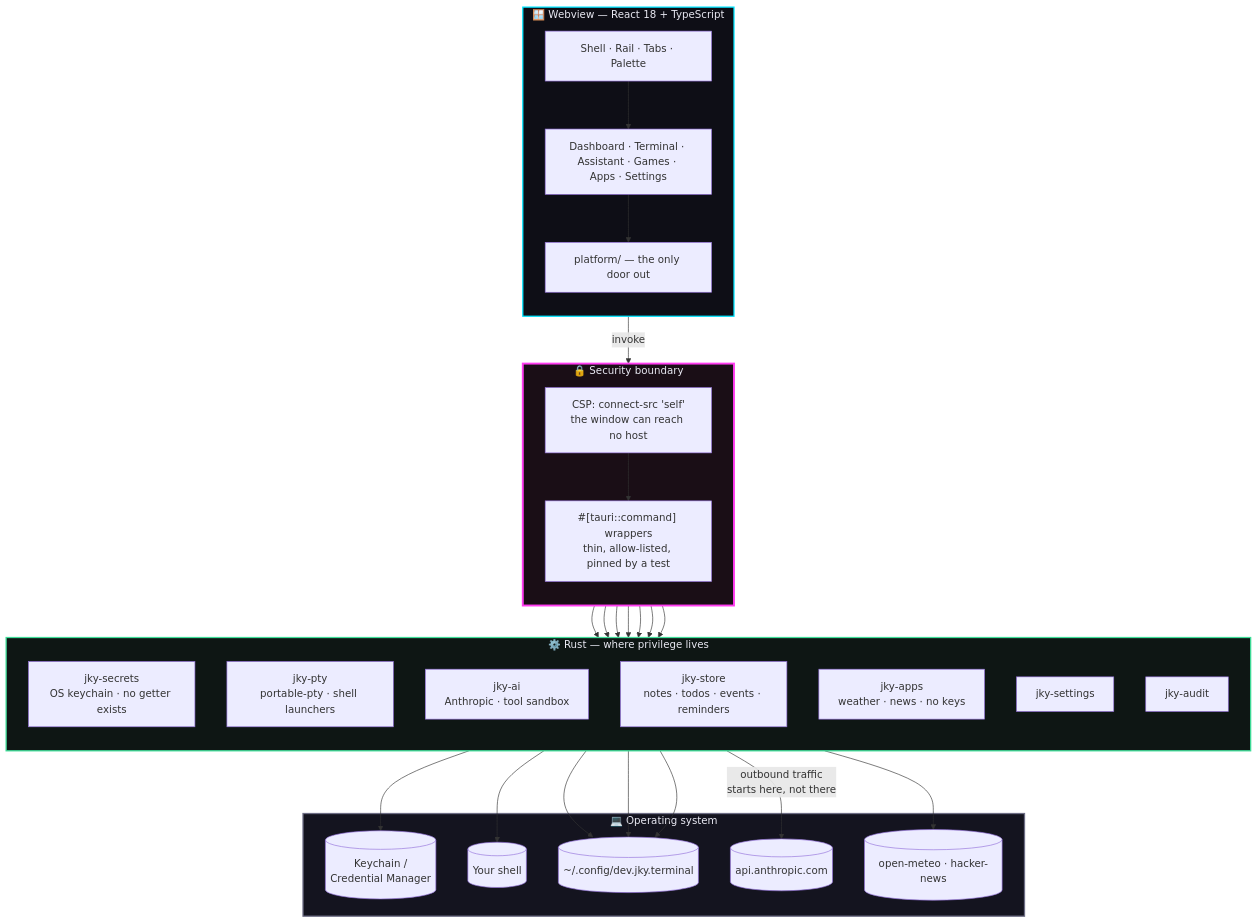
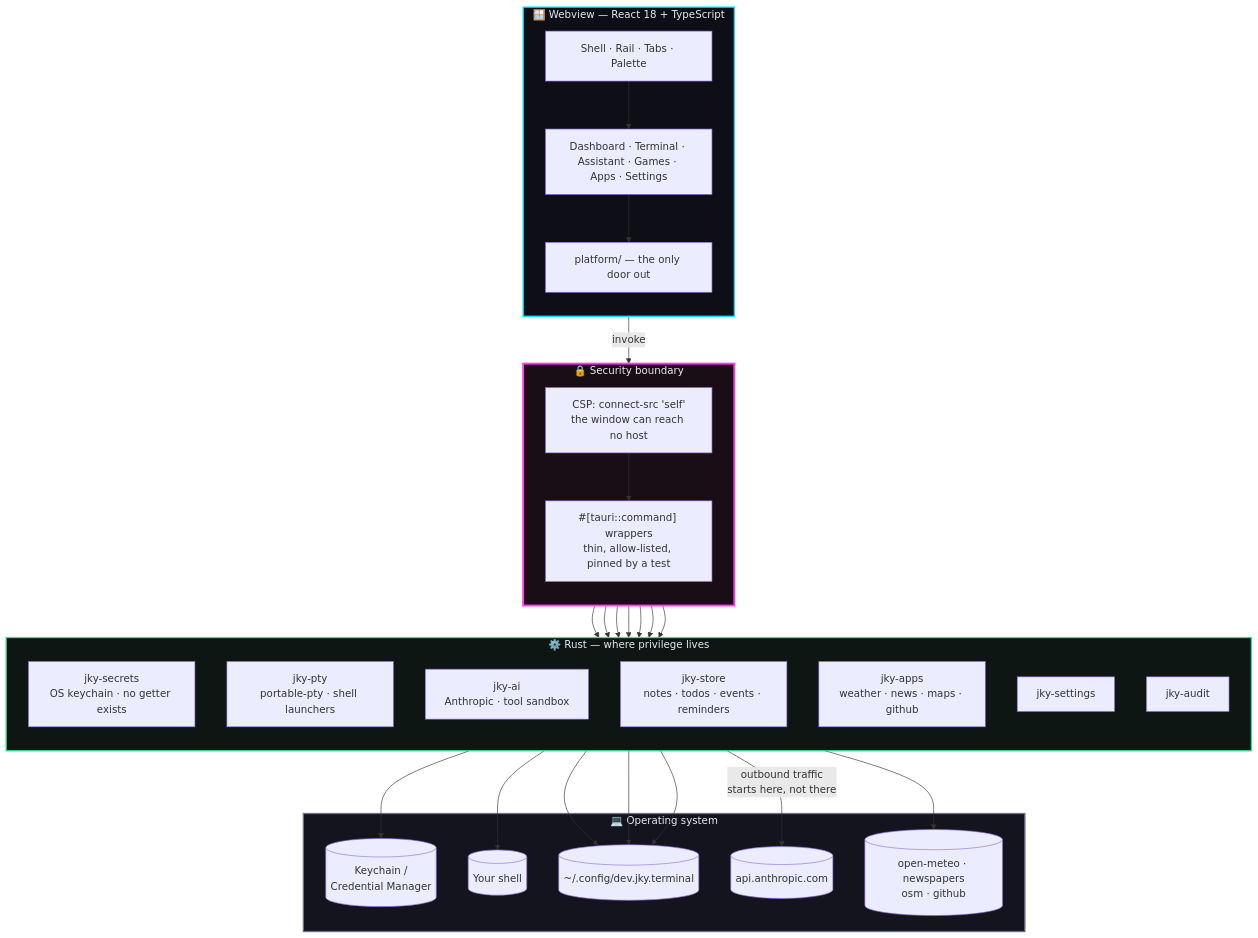
One commit to kartikeyajay2006/jky-terminal changed the first of 3 diagrams in README.md. Above: the diagram before and after it, drawn with Mermaid. The commit also changed other lines of this file, not shown here.

````diff
--- a/README.md
+++ b/README.md
@@ -55,52 +55,52 @@
 ```mermaid
 flowchart TB
     subgraph WINDOW["🪟  Webview — React 18 + TypeScript"]
         direction TB
         UI["Shell · Rail · Tabs · Palette"]
         FEAT["Dashboard · Terminal · Assistant · Games · Apps · Settings"]
         ADAPTER["platform/ — the only door out"]
         UI --> FEAT --> ADAPTER
     end
 
     subgraph BOUNDARY["🔒  Security boundary"]
         direction TB
         CSP["CSP: connect-src 'self'<br/>the window can reach no host"]
         CMDS["#[tauri::command] wrappers<br/>thin, allow-listed, pinned by a test"]
     end
 
     subgraph RUST["⚙️  Rust — where privilege lives"]
         direction TB
         SECRETS["jky-secrets<br/>OS keychain · no getter exists"]
         PTY["jky-pty<br/>portable-pty · shell launchers"]
         AI["jky-ai<br/>Anthropic · tool sandbox"]
         STORE["jky-store<br/>notes · todos · events · reminders"]
-        APPS["jky-apps<br/>weather · news · no keys"]
+        APPS["jky-apps<br/>weather · news · maps · github"]
         SETTINGS["jky-settings"]
         AUDIT["jky-audit"]
     end
 
     subgraph OS["💻  Operating system"]
         KEYCHAIN[("Keychain /<br/>Credential Manager")]
         SHELL[("Your shell")]
         DISK[("~/.config/dev.jky.terminal")]
         NET[("api.anthropic.com")]
-        PUB[("open-meteo · hacker-news")]
+        PUB[("open-meteo · newspapers<br/>osm · github")]
     end
 
     ADAPTER -->|invoke| CSP
     CSP --> CMDS
     CMDS --> SECRETS & PTY & AI & STORE & SETTINGS & AUDIT & APPS
 
     SECRETS --> KEYCHAIN
     PTY --> SHELL
     AI -->|"outbound traffic<br/>starts here, not there"| NET
     APPS --> PUB
     STORE --> DISK
     SETTINGS --> DISK
     AUDIT --> DISK
 
     style WINDOW fill:#0e0e16,stroke:#00e5ff,stroke-width:2px,color:#e8e8f2
     style BOUNDARY fill:#1a0e16,stroke:#ff3cf0,stroke-width:3px,color:#e8e8f2
     style RUST fill:#0e1614,stroke:#3ddc97,stroke-width:2px,color:#e8e8f2
     style OS fill:#14141f,stroke:#6e6e85,stroke-width:2px,color:#e8e8f2
 ```
````
